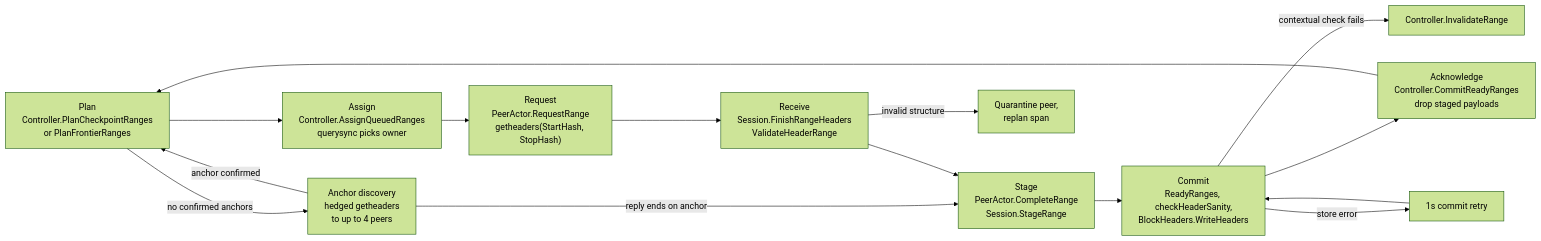
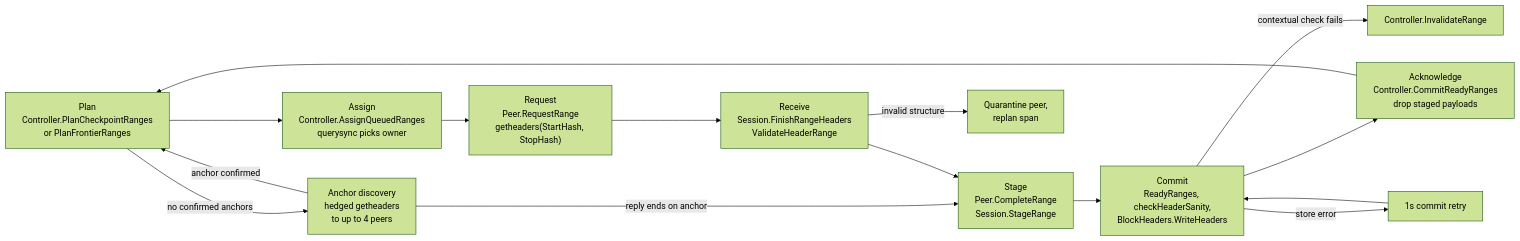
The fourth of 9 diagrams in docs/sync-architecture.md (lightninglabs/neutrino), drawn with Mermaid (forest theme) before and after one commit. The commit also changed other lines of this file and 18 other files, not shown here.

````diff
--- a/docs/sync-architecture.md
+++ b/docs/sync-architecture.md
@@ -225,21 +225,21 @@
 ```mermaid
 flowchart LR
     plan["Plan<br/>Controller.PlanCheckpointRanges<br/>or PlanFrontierRanges"]
     disc["Anchor discovery<br/>hedged getheaders<br/>to up to 4 peers"]
     assign["Assign<br/>Controller.AssignQueuedRanges<br/>querysync picks owner"]
-    req["Request<br/>PeerActor.RequestRange<br/>getheaders(StartHash, StopHash)"]
+    req["Request<br/>Peer.RequestRange<br/>getheaders(StartHash, StopHash)"]
     recv["Receive<br/>Session.FinishRangeHeaders<br/>ValidateHeaderRange"]
-    stage["Stage<br/>PeerActor.CompleteRange<br/>Session.StageRange"]
+    stage["Stage<br/>Peer.CompleteRange<br/>Session.StageRange"]
     commit["Commit<br/>ReadyRanges, checkHeaderSanity,<br/>BlockHeaders.WriteHeaders"]
     ack["Acknowledge<br/>Controller.CommitReadyRanges<br/>drop staged payloads"]
 
     plan -- "no confirmed anchors" --> disc
     disc -- "anchor confirmed" --> plan
     disc -- "reply ends on anchor" --> stage
     plan --> assign --> req --> recv --> stage --> commit --> ack
     recv -- "invalid structure" --> quarantine["Quarantine peer,<br/>replan span"]
     commit -- "contextual check fails" --> inval["Controller.InvalidateRange"]
     commit -- "store error" --> retry["1s commit retry"]
     retry --> commit
     ack --> plan
 ```
````
